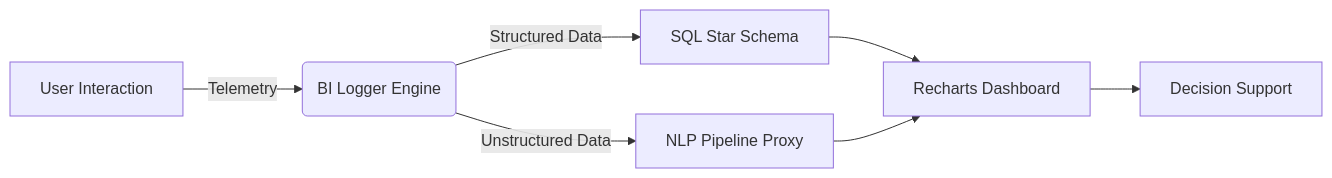
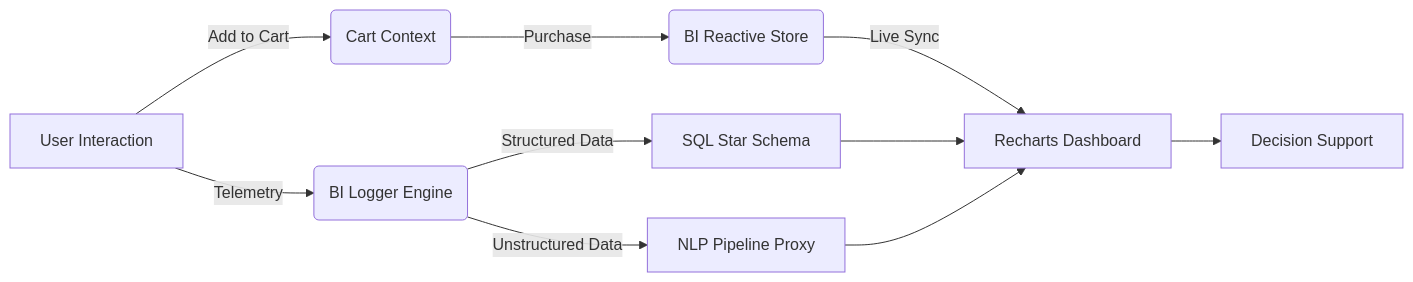
The diagram in README.md (MertoBoominn/smart-brew), drawn with Mermaid before and after one commit. The commit also changed other lines of this file and 14 other files, not shown here.

Commit message:
feat: implement global shopping cart system, BI telemetry logging, and dashboard interface

````diff
--- a/README.md
+++ b/README.md
@@ -86,9 +113,12 @@
 ```mermaid
 graph LR
     A[User Interaction] -->|Telemetry| B(BI Logger Engine)
+    A -->|Add to Cart| G(Cart Context)
+    G -->|Purchase| H(BI Reactive Store)
     B -->|Structured Data| C[SQL Star Schema]
     B -->|Unstructured Data| D[NLP Pipeline Proxy]
-    C --> E[Recharts Dashboard]
+    H -->|Live Sync| E[Recharts Dashboard]
+    C --> E
     D --> E
     E --> F[Decision Support]
 ```
````
